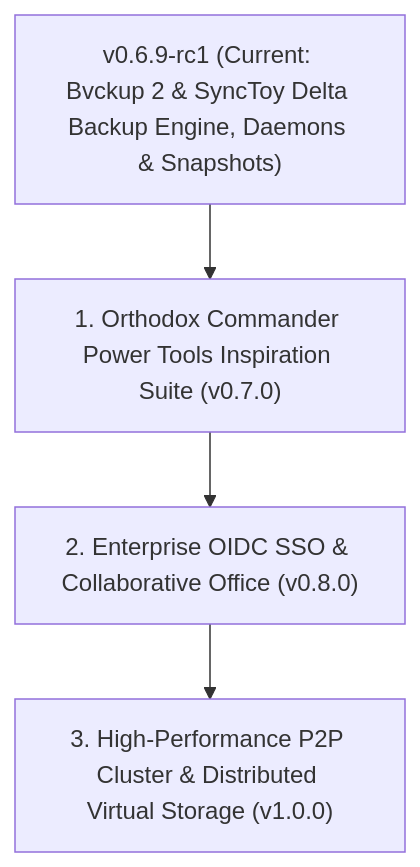
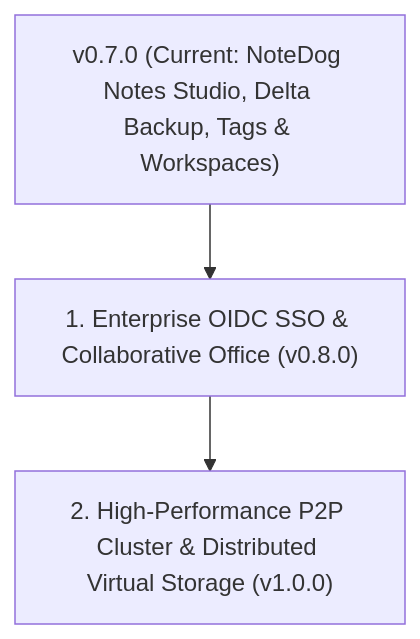
One commit to Woofson/commanderdog changed the first of 2 diagrams in ROADMAP.md. Above: the diagram before and after it, drawn with Mermaid. The commit also changed other lines of this file and 23 other files, not shown here.

````diff
--- a/ROADMAP.md
+++ b/ROADMAP.md
@@ -136,6 +146,5 @@
 ```mermaid
 graph TD
-    A["v0.6.9-rc1 (Current: Bvckup 2 & SyncToy Delta Backup Engine, Daemons & Snapshots)"] --> B["1. Orthodox Commander Power Tools Inspiration Suite (v0.7.0)"]
-    B --> C["2. Enterprise OIDC SSO & Collaborative Office (v0.8.0)"]
-    C --> D["3. High-Performance P2P Cluster & Distributed Virtual Storage (v1.0.0)"]
+    A["v0.7.0 (Current: NoteDog Notes Studio, Delta Backup, Tags & Workspaces)"] --> B["1. Enterprise OIDC SSO & Collaborative Office (v0.8.0)"]
+    B --> C["2. High-Performance P2P Cluster & Distributed Virtual Storage (v1.0.0)"]
 ```
````
